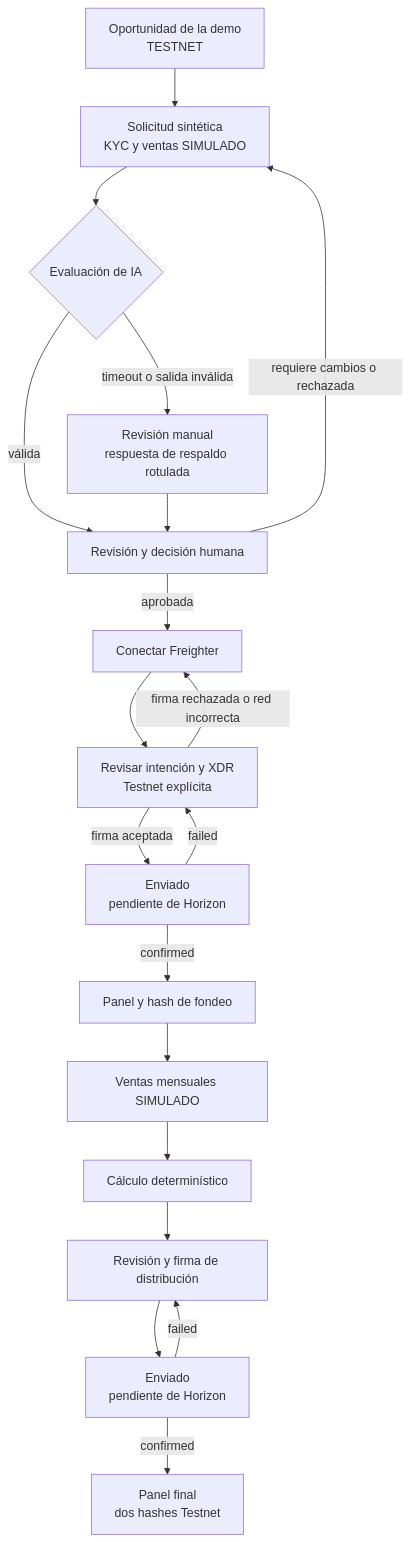
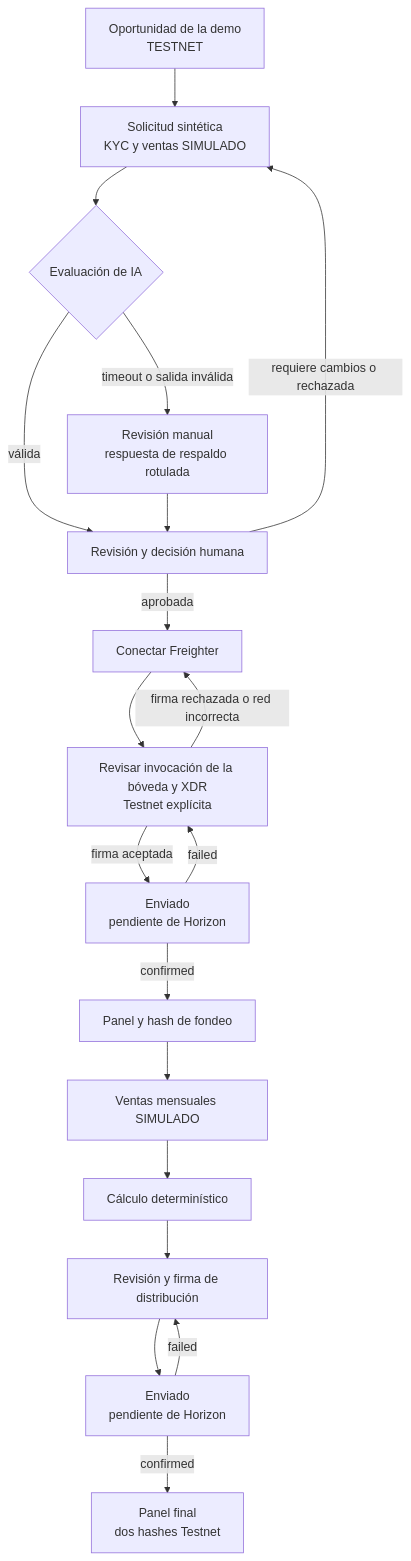
One commit to reyduar/Vaqcrow changed the first of 2 diagrams in docs/design/demo-ui.md. Above: the diagram before and after it, drawn with Mermaid. The commit also changed 2 other files, not shown here.

Commit message:
docs(architecture): refresh the stale deployment and funding diagrams

````diff
--- a/docs/design/demo-ui.md
+++ b/docs/design/demo-ui.md
@@ -171,21 +171,21 @@
 ```mermaid
 flowchart TD
     A[Oportunidad de la demo<br/>TESTNET] --> B[Solicitud sintética<br/>KYC y ventas SIMULADO]
     B --> C{Evaluación de IA}
     C -->|válida| D[Revisión y decisión humana]
     C -->|timeout o salida inválida| E[Revisión manual<br/>respuesta de respaldo rotulada]
     E --> D
     D -->|aprobada| F[Conectar Freighter]
     D -->|requiere cambios o rechazada| B
-    F --> G[Revisar intención y XDR<br/>Testnet explícita]
+    F --> G[Revisar invocación de la bóveda y XDR<br/>Testnet explícita]
     G -->|firma aceptada| H[Enviado<br/>pendiente de Horizon]
     G -->|firma rechazada o red incorrecta| F
     H -->|confirmed| I[Panel y hash de fondeo]
     H -->|failed| G
     I --> J[Ventas mensuales SIMULADO]
     J --> K[Cálculo determinístico]
     K --> L[Revisión y firma de distribución]
     L --> M[Enviado<br/>pendiente de Horizon]
     M -->|confirmed| N[Panel final<br/>dos hashes Testnet]
     M -->|failed| L
 ```
````
